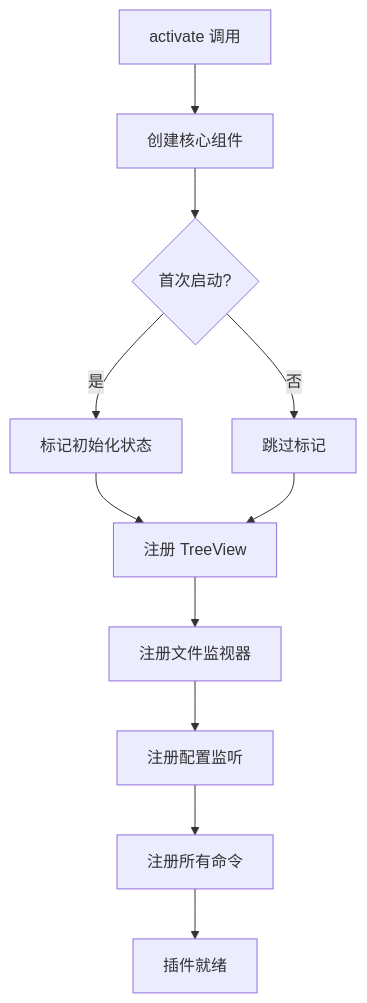
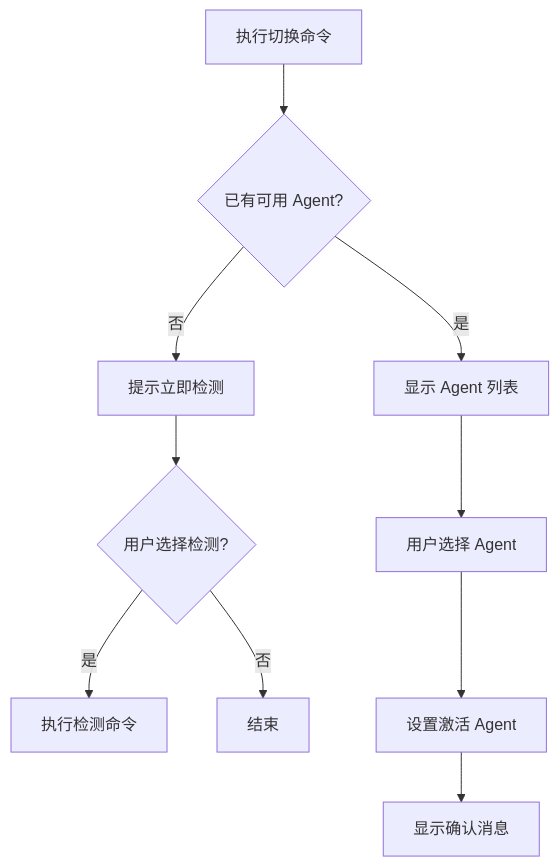
One commit to 7788ken/vscode-repowiki changed the second of 3 diagrams in repowiki/zh/content/核心功能模块/插件入口与命令.md. Above: the diagram before and after it, drawn with Mermaid. The commit also changed other lines of this file and 15 other files, not shown here.

````diff
--- a/repowiki/zh/content/核心功能模块/插件入口与命令.md
+++ b/repowiki/zh/content/核心功能模块/插件入口与命令.md
@@ -44,13 +123,12 @@
 ```mermaid
 flowchart TD
-    A[activate 调用] --> B[创建核心组件]
-    B --> C{首次启动?}
-    C -->|是| D[标记初始化状态]
-    C -->|否| E[跳过标记]
-    D --> F[注册 TreeView]
-    E --> F
-    F --> G[注册文件监视器]
-    G --> H[注册配置监听]
-    H --> I[注册所有命令]
-    I --> J[插件就绪]
+    A[执行切换命令] --> B{已有可用 Agent?}
+    B -->|否| C[提示立即检测]
+    C --> D{用户选择检测?}
+    D -->|是| E[执行检测命令]
+    D -->|否| F[结束]
+    B -->|是| G[显示 Agent 列表]
+    G --> H[用户选择 Agent]
+    H --> I[设置激活 Agent]
+    I --> J[显示确认消息]
 ```
````
